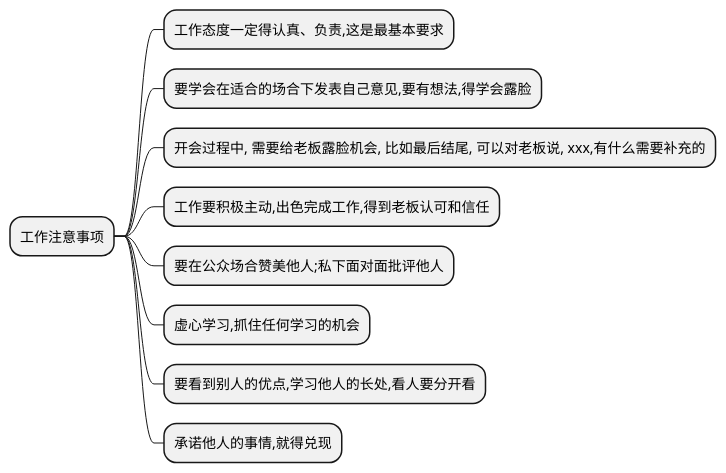
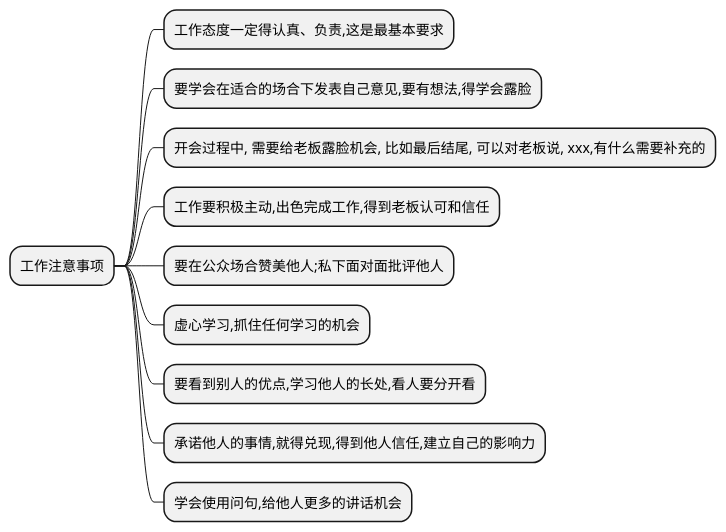
Before and after one commit to LiosWong/LiosWong.github.io: the diagram in source/_posts/工作中注意事项.md, drawn with PlantUML.

```diff
--- a/source/_posts/工作中注意事项.md
+++ b/source/_posts/工作中注意事项.md
@@ -9,13 +9,14 @@
 {% plantuml %}
 @startmindmap
 * 工作注意事项
 ** 工作态度一定得认真、负责,这是最基本要求
 ** 要学会在适合的场合下发表自己意见,要有想法,得学会露脸
 ** 开会过程中, 需要给老板露脸机会, 比如最后结尾, 可以对老板说, xxx,有什么需要补充的
 ** 工作要积极主动,出色完成工作,得到老板认可和信任
 ** 要在公众场合赞美他人;私下面对面批评他人
 ** 虚心学习,抓住任何学习的机会
 ** 要看到别人的优点,学习他人的长处,看人要分开看
-** 承诺他人的事情,就得兑现
+** 承诺他人的事情,就得兑现,得到他人信任,建立自己的影响力
+** 学会使用问句,给他人更多的讲话机会
 @endmindmap
 {% endplantuml %}
```
